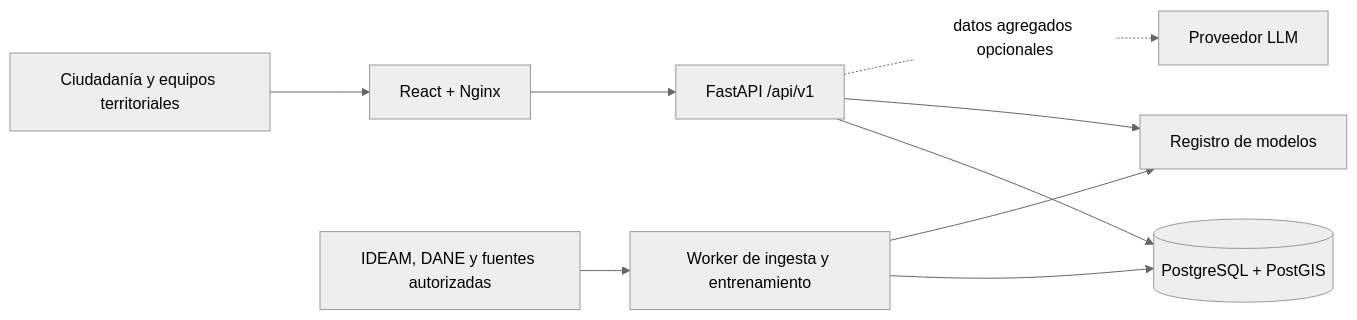
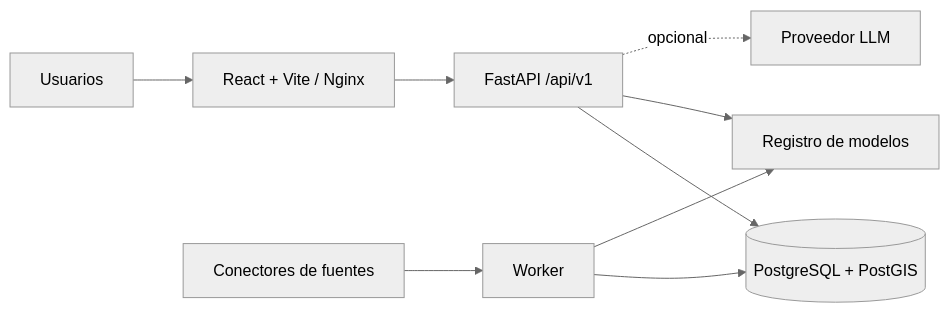
The second of 8 diagrams in docs/architecture.md (HCHAPS404/Proyecto-PRORA), drawn with Mermaid (neutral theme) before and after one commit. The commit also changed other lines of this file and 4 other files, not shown here.

````diff
--- a/docs/architecture.md
+++ b/docs/architecture.md
@@ -12,11 +24,11 @@
 ```mermaid
 flowchart LR
-    U["Ciudadanía y equipos territoriales"] --> W["React + Nginx"]
-    W --> A["FastAPI /api/v1"]
-    A --> P[("PostgreSQL + PostGIS")]
-    A --> R["Registro de modelos"]
-    Q["Worker de ingesta y entrenamiento"] --> P
-    Q --> R
-    S["IDEAM, DANE y fuentes autorizadas"] --> Q
-    A -. "datos agregados opcionales" .-> L["Proveedor LLM"]
+  U[Usuarios] --> W[React + Vite / Nginx]
+  W --> A[FastAPI /api/v1]
+  A --> P[(PostgreSQL + PostGIS)]
+  A --> R[Registro de modelos]
+  Q[Worker] --> P
+  Q --> R
+  S[Conectores de fuentes] --> Q
+  A -. "opcional" .-> L[Proveedor LLM]
 ```
````
